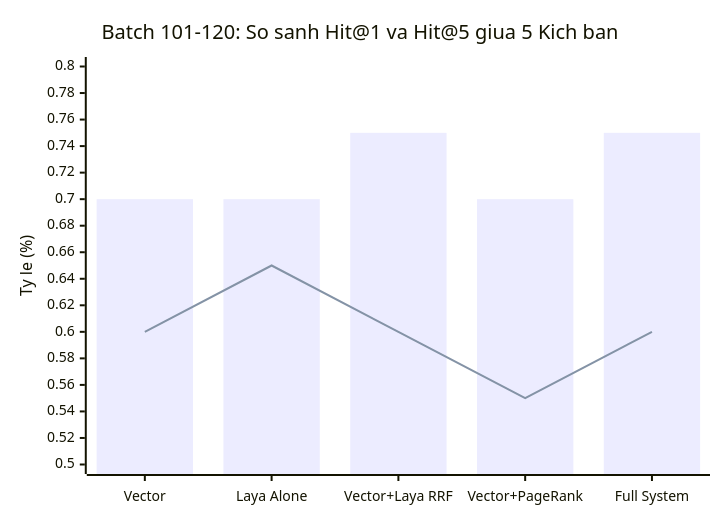
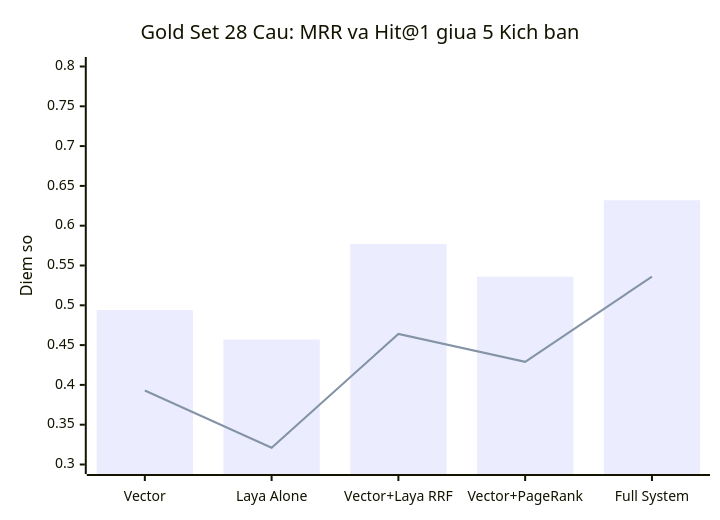
Before and after one commit to QuangManhAI/RAG_TS: the second of 3 diagrams in docs/research/laya-jev.md, drawn with Mermaid. The commit also changed other lines of this file, not shown here.

````diff
--- a/docs/research/laya-jev.md
+++ b/docs/research/laya-jev.md
@@ -47,8 +47,8 @@
 ```mermaid
 xychart-beta
-    title "Batch 101-120: So sanh Hit@1 va Hit@5 giua 5 Kich ban"
+    title "Gold Set 28 Cau: MRR va Hit@1 giua 5 Kich ban"
     x-axis ["Vector", "Laya Alone", "Vector+Laya RRF", "Vector+PageRank", "Full System"]
-    y-axis "Ty le (%)" 0.50 --> 0.80
-    bar [0.70, 0.70, 0.75, 0.70, 0.75]
-    line [0.60, 0.65, 0.60, 0.55, 0.60]
+    y-axis "Diem so" 0.30 --> 0.80
+    bar [0.494, 0.457, 0.577, 0.536, 0.632]
+    line [0.393, 0.321, 0.464, 0.429, 0.536]
 ```
````
